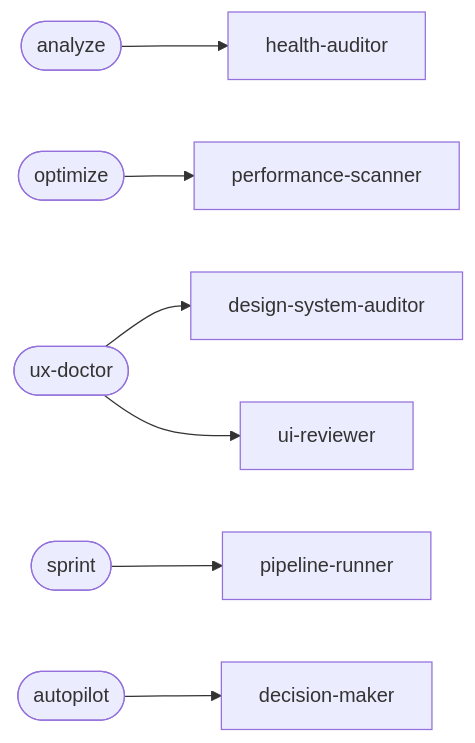
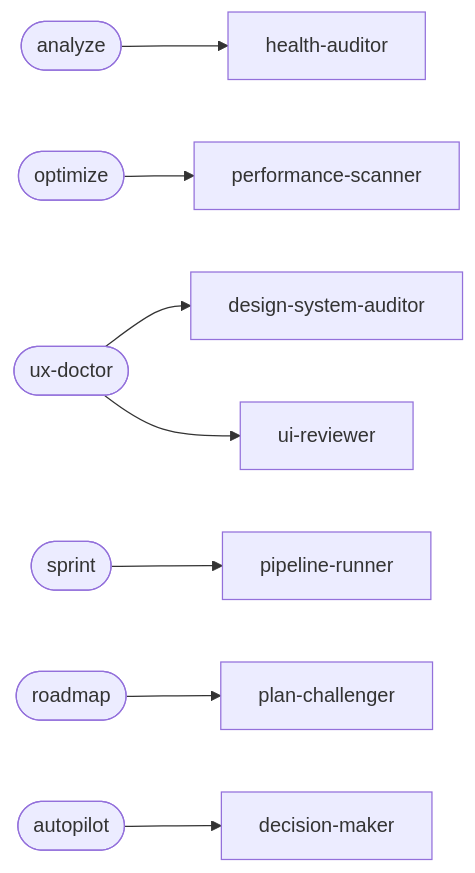
Before and after one commit to shamimfahad/adlc-toolkit: the fourth of 4 diagrams in README.md, drawn with Mermaid. The commit also changed other lines of this file and 53 other files, not shown here.

Commit message:
feat(roadmap): planning layer above the REQ (/roadmap, plan drafts, promote) + CRLF build and ID-mint fixes

````diff
--- a/README.md
+++ b/README.md
@@ -180,9 +181,10 @@
 ```mermaid
 flowchart LR
     analyze2([analyze]) --> ha[health-auditor]
     optimize2([optimize]) --> ps[performance-scanner]
     uxd([ux-doctor]) --> dsa[design-system-auditor]
     uxd --> ui3[ui-reviewer]
     sprint2([sprint]) --> prn[pipeline-runner]
+    roadmap2([roadmap]) --> pc[plan-challenger]
     autopilot2([autopilot]) --> dm[decision-maker]
 ```
````
